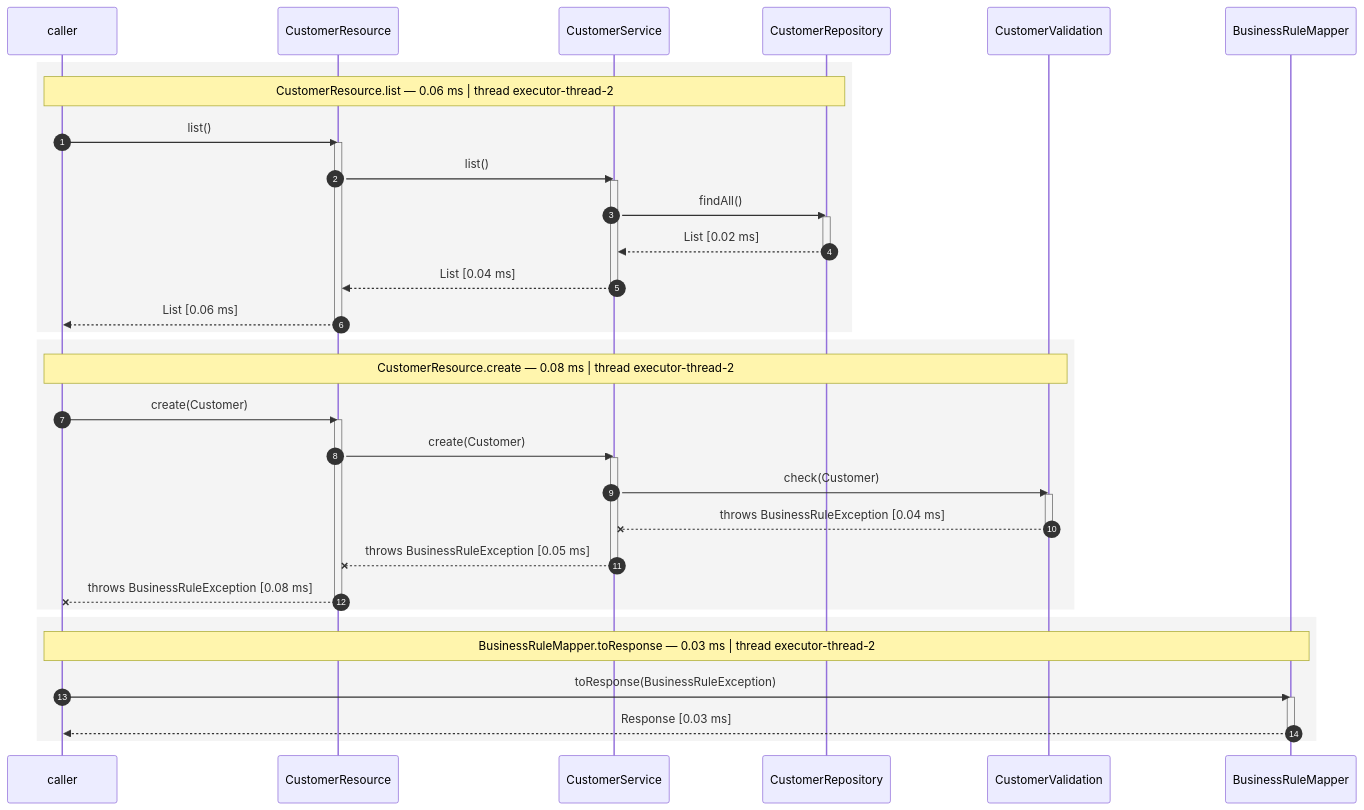
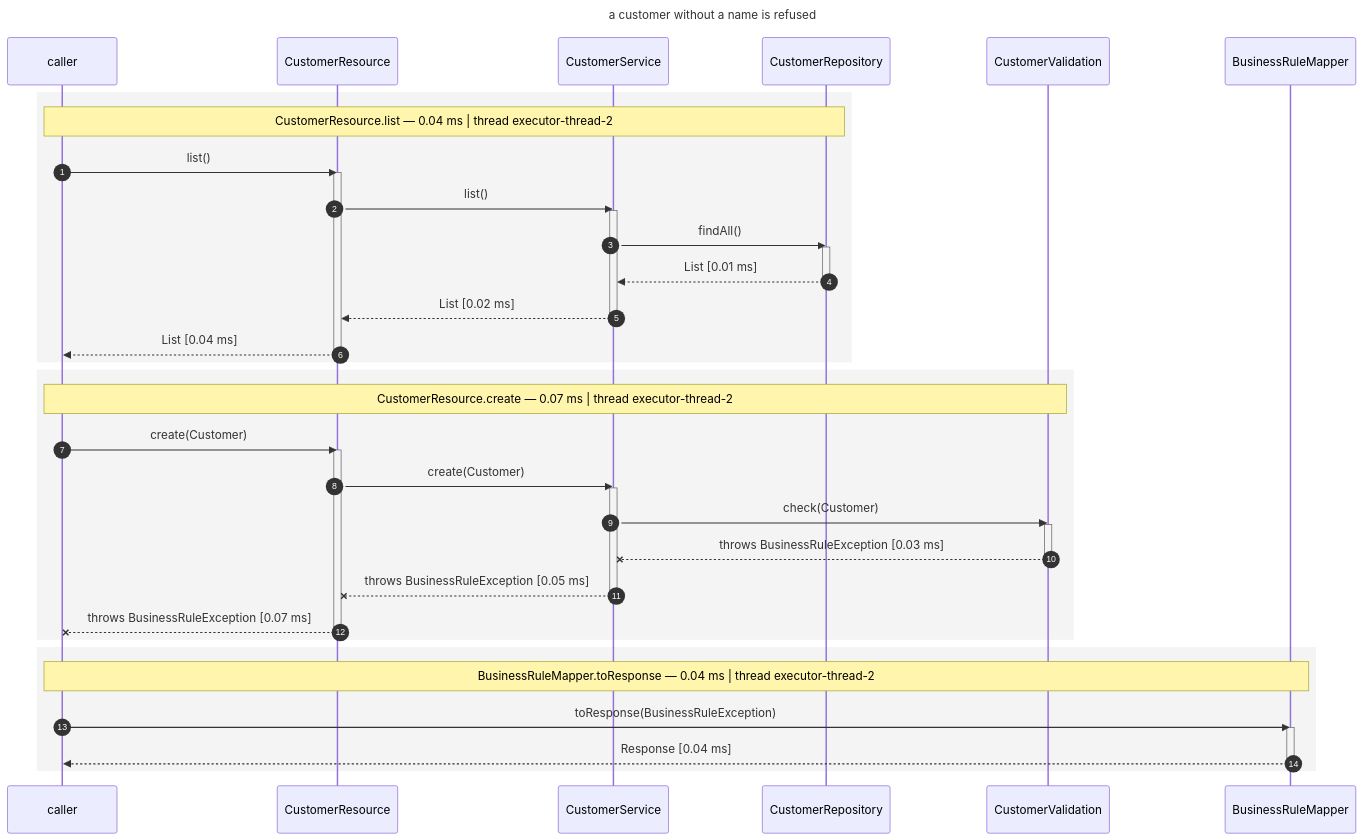
Before and after one commit to os890/dynamic-cdi-flow-renderer: the second of 4 diagrams in cdi-flow-examples/cdi-flow-examples-quarkus-crud/README.md, drawn with Mermaid. The commit also changed other lines of this file and 16 other files, not shown here.

````diff
--- a/cdi-flow-examples/cdi-flow-examples-quarkus-crud/README.md
+++ b/cdi-flow-examples/cdi-flow-examples-quarkus-crud/README.md
@@ -178,47 +182,50 @@
 ```mermaid
+---
+title: "a customer without a name is refused"
+---
 sequenceDiagram
     autonumber
     participant Caller as caller
     participant CustomerResource
     participant CustomerService
     participant CustomerRepository
     participant CustomerValidation
     participant BusinessRuleMapper
     rect rgb(244, 244, 244)
-        Note over Caller,CustomerRepository: CustomerResource.list — 0.06 ms | thread executor-thread-2
+        Note over Caller,CustomerRepository: CustomerResource.list — 0.04 ms | thread executor-thread-2
         Caller->>CustomerResource: list()
         activate CustomerResource
             CustomerResource->>CustomerService: list()
             activate CustomerService
                 CustomerService->>CustomerRepository: findAll()
                 activate CustomerRepository
-                CustomerRepository-->>CustomerService: List [0.02 ms]
+                CustomerRepository-->>CustomerService: List [0.01 ms]
                 deactivate CustomerRepository
-            CustomerService-->>CustomerResource: List [0.04 ms]
+            CustomerService-->>CustomerResource: List [0.02 ms]
             deactivate CustomerService
-        CustomerResource-->>Caller: List [0.06 ms]
+        CustomerResource-->>Caller: List [0.04 ms]
         deactivate CustomerResource
     end
     rect rgb(244, 244, 244)
-        Note over Caller,CustomerValidation: CustomerResource.create — 0.08 ms | thread executor-thread-2
+        Note over Caller,CustomerValidation: CustomerResource.create — 0.07 ms | thread executor-thread-2
         Caller->>CustomerResource: create(Customer)
         activate CustomerResource
             CustomerResource->>CustomerService: create(Customer)
             activate CustomerService
                 CustomerService->>CustomerValidation: check(Customer)
                 activate CustomerValidation
-                CustomerValidation--xCustomerService: throws BusinessRuleException [0.04 ms]
+                CustomerValidation--xCustomerService: throws BusinessRuleException [0.03 ms]
                 deactivate CustomerValidation
             CustomerService--xCustomerResource: throws BusinessRuleException [0.05 ms]
             deactivate CustomerService
-        CustomerResource--xCaller: throws BusinessRuleException [0.08 ms]
+        CustomerResource--xCaller: throws BusinessRuleException [0.07 ms]
         deactivate CustomerResource
     end
     rect rgb(244, 244, 244)
-        Note over Caller,BusinessRuleMapper: BusinessRuleMapper.toResponse — 0.03 ms | thread executor-thread-2
+        Note over Caller,BusinessRuleMapper: BusinessRuleMapper.toResponse — 0.04 ms | thread executor-thread-2
         Caller->>BusinessRuleMapper: toResponse(BusinessRuleException)
         activate BusinessRuleMapper
-        BusinessRuleMapper-->>Caller: Response [0.03 ms]
+        BusinessRuleMapper-->>Caller: Response [0.04 ms]
         deactivate BusinessRuleMapper
     end
 ```
````
